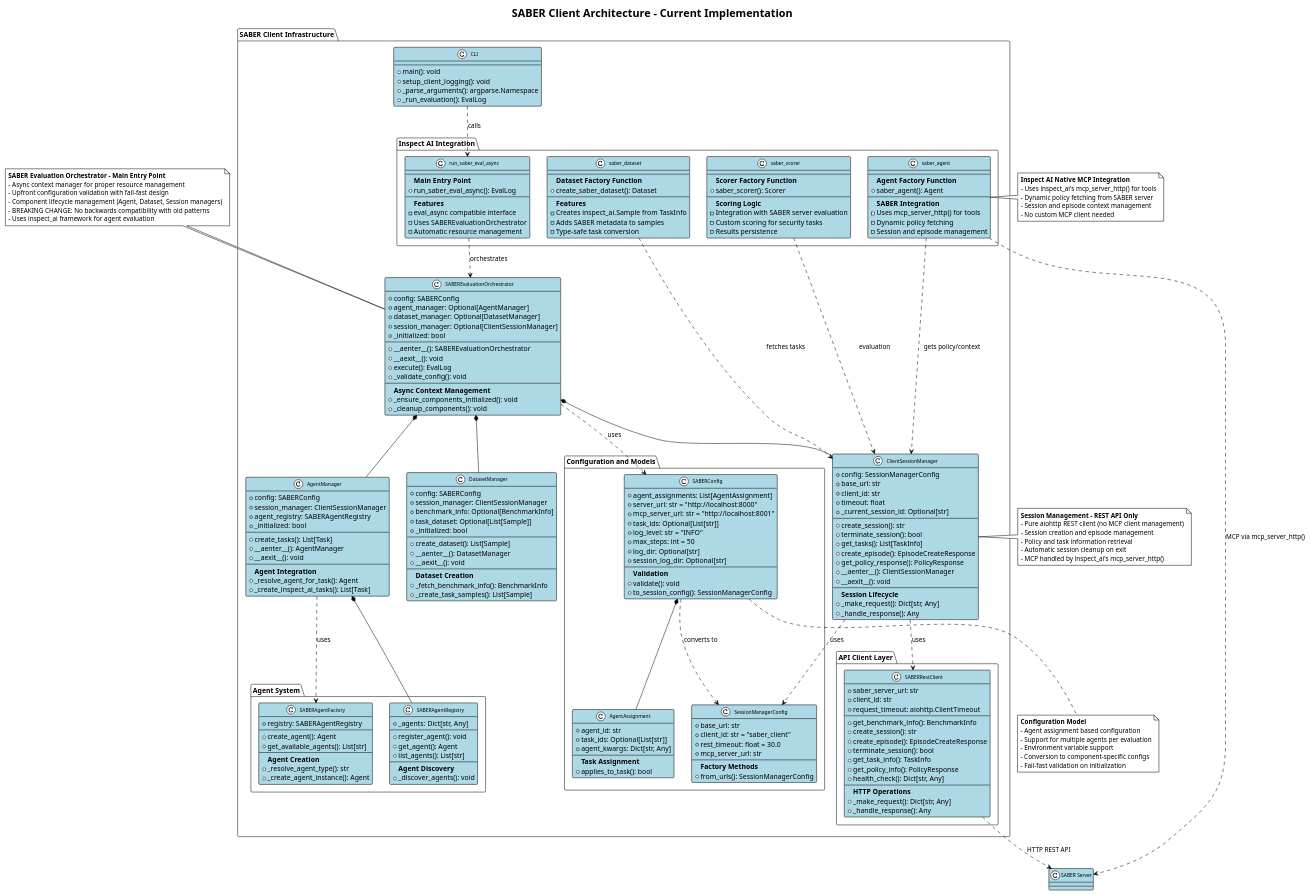
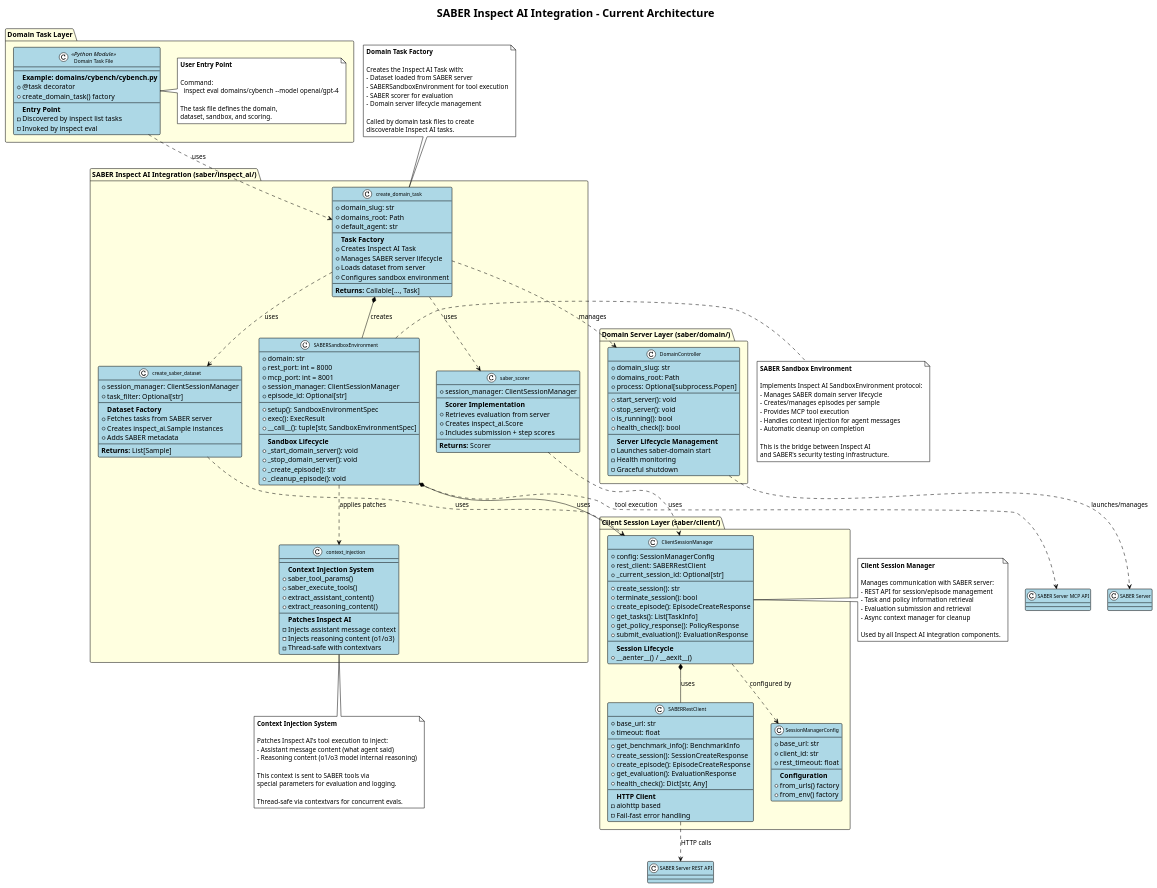
One commit to microsoft/ACES changed the diagram in docs/client/client_architecture.puml. Above: the diagram before and after it, drawn with PlantUML. The commit also changed 48 other files, not shown here.

Commit message:
Deprecation of the saber-domain test entrypoint and client code

```diff
--- a/docs/client/client_architecture.puml
+++ b/docs/client/client_architecture.puml
@@ -1,7 +1,7 @@
-@startuml SABER Client Architecture - Current Implementation
+@startuml SABER Inspect AI Integration Architecture
 
 !theme plain
-title SABER Client Architecture - Current Implementation
+title SABER Inspect AI Integration - Current Architecture
 
 skinparam class {
     BackgroundColor lightblue
@@ -16,271 +16,238 @@
     FontSize 10
 }
 
-package "SABER Client Infrastructure" {
+skinparam package {
+    BackgroundColor lightyellow
+    BorderColor black
+}
 
-    class SABEREvaluationOrchestrator {
-        +config: SABERConfig
-        +agent_manager: Optional[AgentManager]
-        +dataset_manager: Optional[DatasetManager]
-        +session_manager: Optional[ClientSessionManager]
-        +_initialized: bool
+package "Domain Task Layer" {
+    class "Domain Task File" as DomainTask <<Python Module>> {
         --
-        +__aenter__(): SABEREvaluationOrchestrator
-        +__aexit__(): void
-        +execute(): EvalLog
-        +_validate_config(): void
+        **Example: domains/cybench/cybench.py**
+        +@task decorator
+        +create_domain_task() factory
         --
-        **Async Context Management**
-        +_ensure_components_initialized(): void
-        +_cleanup_components(): void
+        **Entry Point**
+        - Discovered by inspect list tasks
+        - Invoked by inspect eval
     }
 
-    class AgentManager {
-        +config: SABERConfig
-        +session_manager: ClientSessionManager
-        +agent_registry: SABERAgentRegistry
-        +_initialized: bool
+    note right of DomainTask
+    **User Entry Point**
+
+    Command:
+      inspect eval domains/cybench --model openai/gpt-4
+
+    The task file defines the domain,
+    dataset, sandbox, and scoring.
+    end note
+}
+
+package "SABER Inspect AI Integration (saber/inspect_ai/)" {
+
+    class create_domain_task {
+        +domain_slug: str
+        +domains_root: Path
+        +default_agent: str
         --
-        +create_tasks(): List[Task]
-        +__aenter__(): AgentManager
-        +__aexit__(): void
+        **Task Factory**
+        +Creates Inspect AI Task
+        +Manages SABER server lifecycle
+        +Loads dataset from server
+        +Configures sandbox environment
         --
-        **Agent Integration**
-        +_resolve_agent_for_task(): Agent
-        +_create_inspect_ai_tasks(): List[Task]
+        **Returns:** Callable[..., Task]
     }
 
-    class DatasetManager {
-        +config: SABERConfig
+    class SABERSandboxEnvironment {
+        +domain: str
+        +rest_port: int = 8000
+        +mcp_port: int = 8001
         +session_manager: ClientSessionManager
-        +benchmark_info: Optional[BenchmarkInfo]
-        +task_dataset: Optional[List[Sample]]
-        +_initialized: bool
+        +episode_id: Optional[str]
         --
-        +create_dataset(): List[Sample]
-        +__aenter__(): DatasetManager
-        +__aexit__(): void
+        +setup(): SandboxEnvironmentSpec
+        +exec(): ExecResult
+        +__call__(): tuple[str, SandboxEnvironmentSpec]
         --
-        **Dataset Creation**
-        +_fetch_benchmark_info(): BenchmarkInfo
-        +_create_task_samples(): List[Sample]
+        **Sandbox Lifecycle**
+        +_start_domain_server(): void
+        +_stop_domain_server(): void
+        +_create_episode(): str
+        +_cleanup_episode(): void
     }
+
+    class create_saber_dataset {
+        +session_manager: ClientSessionManager
+        +task_filter: Optional[str]
+        --
+        **Dataset Factory**
+        +Fetches tasks from SABER server
+        +Creates inspect_ai.Sample instances
+        +Adds SABER metadata
+        --
+        **Returns:** List[Sample]
+    }
+
+    class saber_scorer {
+        +session_manager: ClientSessionManager
+        --
+        **Scorer Implementation**
+        +Retrieves evaluation from server
+        +Creates inspect_ai.Score
+        +Includes submission + step scores
+        --
+        **Returns:** Scorer
+    }
+
+    class context_injection {
+        --
+        **Context Injection System**
+        +saber_tool_params()
+        +saber_execute_tools()
+        +extract_assistant_content()
+        +extract_reasoning_content()
+        --
+        **Patches Inspect AI**
+        - Injects assistant message context
+        - Injects reasoning content (o1/o3)
+        - Thread-safe with contextvars
+    }
+}
+
+package "Client Session Layer (saber/client/)" {
 
     class ClientSessionManager {
         +config: SessionManagerConfig
-        +base_url: str
-        +client_id: str
-        +timeout: float
+        +rest_client: SABERRestClient
         +_current_session_id: Optional[str]
         --
         +create_session(): str
         +terminate_session(): bool
+        +create_episode(): EpisodeCreateResponse
         +get_tasks(): List[TaskInfo]
-        +create_episode(): EpisodeCreateResponse
         +get_policy_response(): PolicyResponse
-        +__aenter__(): ClientSessionManager
-        +__aexit__(): void
+        +submit_evaluation(): EvaluationResponse
         --
         **Session Lifecycle**
-        +_make_request(): Dict[str, Any]
-        +_handle_response(): Any
+        +__aenter__() / __aexit__()
     }
 
-    package "API Client Layer" {
-        class SABERRestClient {
-            +saber_server_url: str
-            +client_id: str
-            +request_timeout: aiohttp.ClientTimeout
-            --
-            +get_benchmark_info(): BenchmarkInfo
-            +create_session(): str
-            +create_episode(): EpisodeCreateResponse
-            +terminate_session(): bool
-            +get_task_info(): TaskInfo
-            +get_policy_info(): PolicyResponse
-            +health_check(): Dict[str, Any]
-            --
-            **HTTP Operations**
-            +_make_request(): Dict[str, Any]
-            +_handle_response(): Any
-        }
+    class SABERRestClient {
+        +base_url: str
+        +timeout: float
+        --
+        +get_benchmark_info(): BenchmarkInfo
+        +create_session(): SessionCreateResponse
+        +create_episode(): EpisodeCreateResponse
+        +get_evaluation(): EvaluationResponse
+        +health_check(): Dict[str, Any]
+        --
+        **HTTP Client**
+        - aiohttp based
+        - Fail-fast error handling
     }
 
-    package "Agent System" {
-        class SABERAgentRegistry {
-            +_agents: Dict[str, Any]
-            --
-            +register_agent(): void
-            +get_agent(): Agent
-            +list_agents(): List[str]
-            --
-            **Agent Discovery**
-            +_discover_agents(): void
-        }
-
-        class SABERAgentFactory {
-            +registry: SABERAgentRegistry
-            --
-            +create_agent(): Agent
-            +get_available_agents(): List[str]
-            --
-            **Agent Creation**
-            +_resolve_agent_type(): str
-            +_create_agent_instance(): Agent
-        }
-    }
-
-    package "Inspect AI Integration" {
-        class saber_dataset {
-            --
-            **Dataset Factory Function**
-            +create_saber_dataset(): Dataset
-            --
-            **Features**
-            - Creates inspect_ai.Sample from TaskInfo
-            - Adds SABER metadata to samples
-            - Type-safe task conversion
-        }
-
-        class saber_agent {
-            --
-            **Agent Factory Function**
-            +saber_agent(): Agent
-            --
-            **SABER Integration**
-            - Uses mcp_server_http() for tools
-            - Dynamic policy fetching
-            - Session and episode management
-        }
-
-        class saber_scorer {
-            --
-            **Scorer Factory Function**
-            +saber_scorer(): Scorer
-            --
-            **Scoring Logic**
-            - Integration with SABER server evaluation
-            - Custom scoring for security tasks
-            - Results persistence
-        }
-
-        class run_saber_eval_async {
-            --
-            **Main Entry Point**
-            +run_saber_eval_async(): EvalLog
-            --
-            **Features**
-            - eval_async compatible interface
-            - Uses SABEREvaluationOrchestrator
-            - Automatic resource management
-        }
-    }
-
-    package "Configuration and Models" {
-        class SABERConfig {
-            +agent_assignments: List[AgentAssignment]
-            +server_url: str = "http://localhost:8000"
-            +mcp_server_url: str = "http://localhost:8001"
-            +task_ids: Optional[List[str]]
-            +log_level: str = "INFO"
-            +max_steps: int = 50
-            +log_dir: Optional[str]
-            +session_log_dir: Optional[str]
-            --
-            **Validation**
-            +validate(): void
-            +to_session_config(): SessionManagerConfig
-        }
-
-        class SessionManagerConfig {
-            +base_url: str
-            +client_id: str = "saber_client"
-            +rest_timeout: float = 30.0
-            +mcp_server_url: str
-            --
-            **Factory Methods**
-            +from_urls(): SessionManagerConfig
-        }
-
-        class AgentAssignment {
-            +agent_id: str
-            +task_ids: Optional[List[str]]
-            +agent_kwargs: Dict[str, Any]
-            --
-            **Task Assignment**
-            +applies_to_task(): bool
-        }
-    }
-
-    class CLI {
+    class SessionManagerConfig {
+        +base_url: str
+        +client_id: str
+        +rest_timeout: float
         --
-        +main(): void
-        +setup_client_logging(): void
-        +_parse_arguments(): argparse.Namespace
-        +_run_evaluation(): EvalLog
+        **Configuration**
+        +from_urls() factory
+        +from_env() factory
     }
 }
 
-' Core Relationships
-SABEREvaluationOrchestrator *-- AgentManager
-SABEREvaluationOrchestrator *-- DatasetManager
-SABEREvaluationOrchestrator *-- ClientSessionManager
-AgentManager *-- SABERAgentRegistry
-AgentManager ..> SABERAgentFactory : uses
-ClientSessionManager ..> SABERRestClient : uses
+package "Domain Server Layer (saber/domain/)" {
+    class DomainController {
+        +domain_slug: str
+        +domains_root: Path
+        +process: Optional[subprocess.Popen]
+        --
+        +start_server(): void
+        +stop_server(): void
+        +is_running(): bool
+        +health_check(): bool
+        --
+        **Server Lifecycle Management**
+        - Launches saber-domain start
+        - Health monitoring
+        - Graceful shutdown
+    }
+}
 
-' Inspect AI Integration
-run_saber_eval_async ..> SABEREvaluationOrchestrator : orchestrates
-saber_dataset ..> ClientSessionManager : fetches tasks
-saber_agent ..> ClientSessionManager : gets policy/context
-saber_scorer ..> ClientSessionManager : evaluation
+' Relationships
+DomainTask ..> create_domain_task : uses
+create_domain_task *-- SABERSandboxEnvironment : creates
+create_domain_task ..> create_saber_dataset : uses
+create_domain_task ..> saber_scorer : uses
+create_domain_task ..> DomainController : manages
 
-' Configuration
-SABEREvaluationOrchestrator ..> SABERConfig : uses
-SABERConfig *-- AgentAssignment
-SABERConfig ..> SessionManagerConfig : converts to
-ClientSessionManager ..> SessionManagerConfig : uses
+SABERSandboxEnvironment *-- ClientSessionManager : uses
+SABERSandboxEnvironment ..> context_injection : applies patches
+create_saber_dataset ..> ClientSessionManager : uses
+saber_scorer ..> ClientSessionManager : uses
 
-' CLI orchestration
-CLI ..> run_saber_eval_async : calls
+ClientSessionManager *-- SABERRestClient : uses
+ClientSessionManager ..> SessionManagerConfig : configured by
 
-' External communication
-SABERRestClient ..> "SABER Server" : "HTTP REST API"
-saber_agent ..> "SABER Server" : "MCP via mcp_server_http()"
+DomainController ..> "SABER Server" : launches/manages
 
-note top of SABEREvaluationOrchestrator
-**SABER Evaluation Orchestrator - Main Entry Point**
-- Async context manager for proper resource management
-- Upfront configuration validation with fail-fast design
-- Component lifecycle management (Agent, Dataset, Session managers)
-- BREAKING CHANGE: No backwards compatibility with old patterns
-- Uses inspect_ai framework for agent evaluation
+SABERRestClient ..> "SABER Server REST API" : HTTP calls
+SABERSandboxEnvironment ..> "SABER Server MCP API" : tool execution
+
+note top of create_domain_task
+**Domain Task Factory**
+
+Creates the Inspect AI Task with:
+- Dataset loaded from SABER server
+- SABERSandboxEnvironment for tool execution
+- SABER scorer for evaluation
+- Domain server lifecycle management
+
+Called by domain task files to create
+discoverable Inspect AI tasks.
 end note
 
-note right of ClientSessionManager
-**Session Management - REST API Only**
-- Pure aiohttp REST client (no MCP client management)
-- Session creation and episode management
-- Policy and task information retrieval
-- Automatic session cleanup on exit
-- MCP handled by inspect_ai's mcp_server_http()
+note right of SABERSandboxEnvironment
+**SABER Sandbox Environment**
+
+Implements Inspect AI SandboxEnvironment protocol:
+- Manages SABER domain server lifecycle
+- Creates/manages episodes per sample
+- Provides MCP tool execution
+- Handles context injection for agent messages
+- Automatic cleanup on completion
+
+This is the bridge between Inspect AI
+and SABER's security testing infrastructure.
 end note
 
-note left of saber_agent
-**Inspect AI Native MCP Integration**
-- Uses inspect_ai's mcp_server_http() for tools
-- Dynamic policy fetching from SABER server
-- Session and episode context management
-- No custom MCP client needed
+note left of ClientSessionManager
+**Client Session Manager**
+
+Manages communication with SABER server:
+- REST API for session/episode management
+- Task and policy information retrieval
+- Evaluation submission and retrieval
+- Async context manager for cleanup
+
+Used by all Inspect AI integration components.
 end note
 
-note bottom of SABERConfig
-**Configuration Model**
-- Agent assignment based configuration
-- Support for multiple agents per evaluation
-- Environment variable support
-- Conversion to component-specific configs
-- Fail-fast validation on initialization
+note bottom of context_injection
+**Context Injection System**
+
+Patches Inspect AI's tool execution to inject:
+- Assistant message content (what agent said)
+- Reasoning content (o1/o3 model internal reasoning)
+
+This context is sent to SABER tools via
+special parameters for evaluation and logging.
+
+Thread-safe via contextvars for concurrent evals.
 end note
 
 @enduml
```
